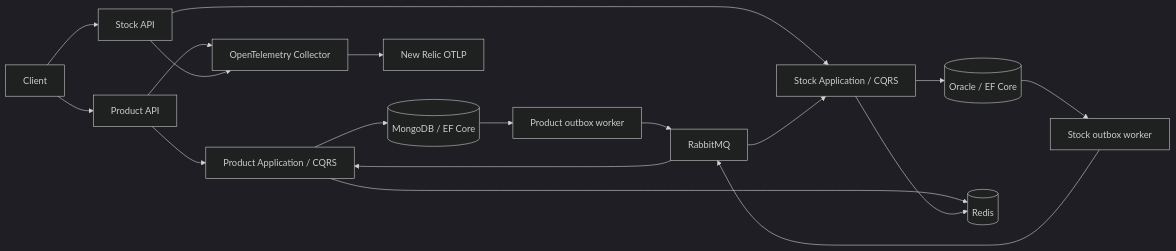
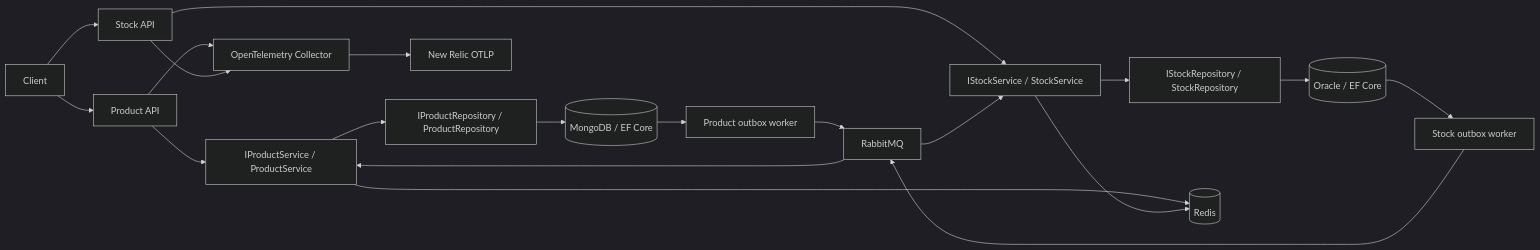
One commit to burakonen7-arch/mikroservis changed the first of 2 diagrams in README.md. Above: the diagram before and after it, drawn with Mermaid (dark theme). The commit also changed other lines of this file and 100 other files, not shown here.

Commit message:
Refactor services to Clean Architecture and remove tests

````diff
--- a/README.md
+++ b/README.md
@@ -5,20 +5,22 @@
 ```mermaid
 flowchart LR
     Client --> ProductAPI[Product API]
     Client --> StockAPI[Stock API]
-    ProductAPI --> ProductApp[Product Application / CQRS]
-    StockAPI --> StockApp[Stock Application / CQRS]
-    ProductApp --> Mongo[(MongoDB / EF Core)]
-    StockApp --> Oracle[(Oracle / EF Core)]
+    ProductAPI --> ProductApp[IProductService / ProductService]
+    StockAPI --> StockApp[IStockService / StockService]
+    ProductApp --> ProductRepo[IProductRepository / ProductRepository]
+    StockApp --> StockRepo[IStockRepository / StockRepository]
+    ProductRepo --> Mongo[(MongoDB / EF Core)]
+    StockRepo --> Oracle[(Oracle / EF Core)]
     Mongo --> ProductOutbox[Product outbox worker]
     Oracle --> StockOutbox[Stock outbox worker]
     ProductOutbox --> Rabbit[RabbitMQ]
     StockOutbox --> Rabbit
     Rabbit --> StockApp
     Rabbit --> ProductApp
     ProductApp --> Redis[(Redis)]
     StockApp --> Redis
     ProductAPI --> OTel[OpenTelemetry Collector]
     StockAPI --> OTel
     OTel --> NR[New Relic OTLP]
 ```
````
